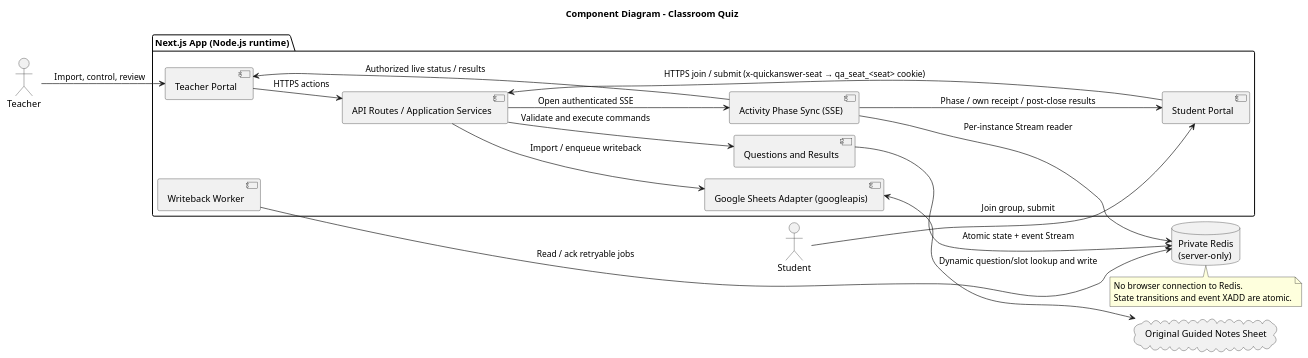
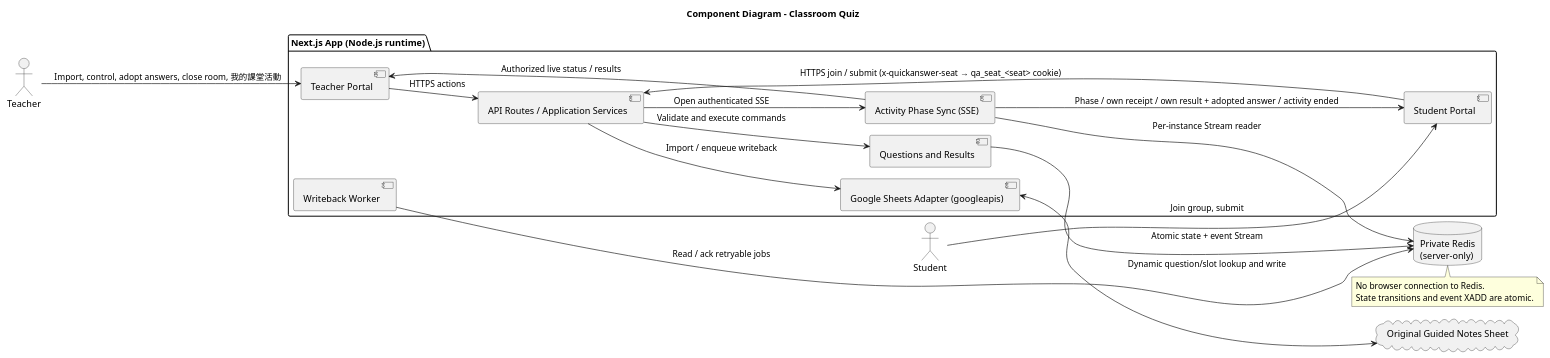
The diagram in main/diagrams/component.puml (Chunshan-Theta/2026-SW-quickanswer), drawn with PlantUML before and after one commit. The commit also changed 5 other files, not shown here.

First line of the commit message:
docs: update the shared diagrams for adopted answers and closing a room

```diff
--- a/main/diagrams/component.puml
+++ b/main/diagrams/component.puml
@@ -1,41 +1,41 @@
 @startuml
 !pragma layout smetana
 title Component Diagram - Classroom Quiz
 left to right direction
 
 actor Teacher
 actor Student
 
 package "Next.js App (Node.js runtime)" {
 	component "Teacher Portal" as TeacherClient
 	component "Student Portal" as StudentClient
 	component "API Routes / Application Services" as AppAPI
 	component "Activity Phase Sync (SSE)" as ActivitySync
 	component "Questions and Results" as QuizFlow
 	component "Google Sheets Adapter (googleapis)" as SheetsAccess
 	component "Writeback Worker" as WritebackWorker
 }
 
 database "Private Redis\n(server-only)" as ActivityData
 cloud "Original Guided Notes Sheet" as GuidedNotes
 
-Teacher --> TeacherClient : Import, control, review
+Teacher --> TeacherClient : Import, control, adopt answers, close room, 我的課堂活動
 Student --> StudentClient : Join group, submit
 TeacherClient --> AppAPI : HTTPS actions
 StudentClient --> AppAPI : HTTPS join / submit (x-quickanswer-seat → qa_seat_<seat> cookie)
 AppAPI --> QuizFlow : Validate and execute commands
 AppAPI --> SheetsAccess : Import / enqueue writeback
 AppAPI --> ActivitySync : Open authenticated SSE
 QuizFlow --> ActivityData : Atomic state + event Stream
 ActivitySync --> ActivityData : Per-instance Stream reader
 WritebackWorker --> ActivityData : Read / ack retryable jobs
 SheetsAccess <--> GuidedNotes : Dynamic question/slot lookup and write
 ActivitySync --> TeacherClient : Authorized live status / results
-ActivitySync --> StudentClient : Phase / own receipt / post-close results
+ActivitySync --> StudentClient : Phase / own receipt / own result + adopted answer / activity ended
 
 note bottom of ActivityData
 	No browser connection to Redis.
 	State transitions and event XADD are atomic.
 end note
 
 @enduml
```
